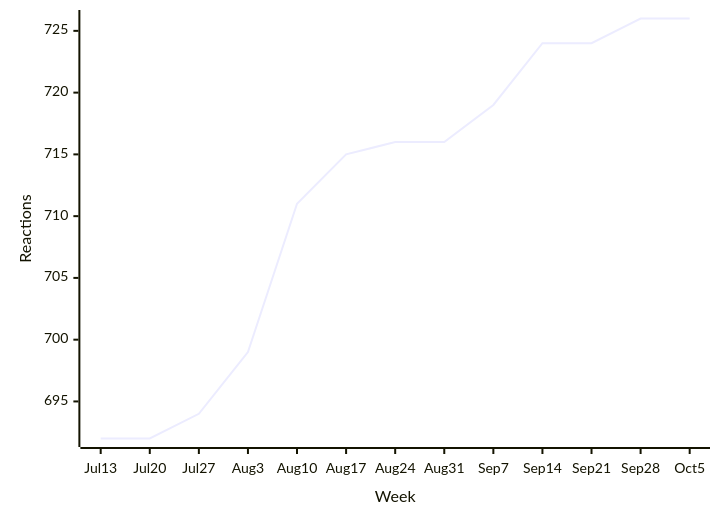
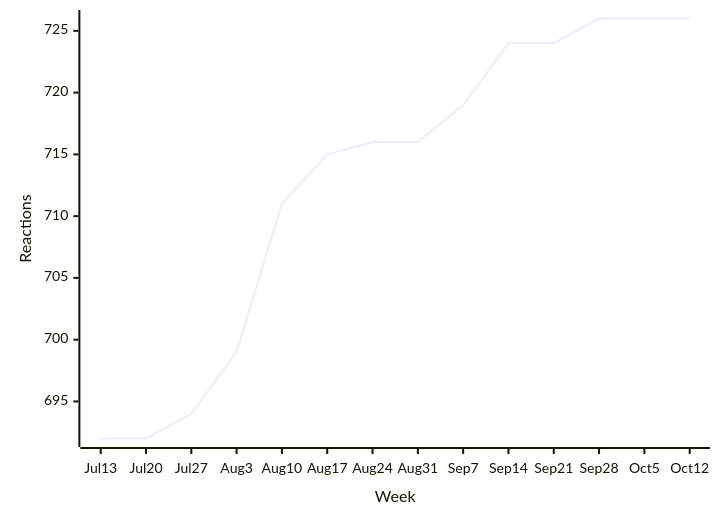
The first of 35 diagrams in README.md (loic-sharma/github-insights), drawn with Mermaid before and after one commit. The commit also changed other lines of this file and 3 other files, not shown here.

````diff
--- a/README.md
+++ b/README.md
@@ -324,6 +324,6 @@
   ```mermaid
   xychart-beta
-    x-axis "Week" [Jul 13, Jul 20, Jul 27, Aug 3, Aug 10, Aug 17, Aug 24, Aug 31, Sep 7, Sep 14, Sep 21, Sep 28, Oct 5]
+    x-axis "Week" [Jul 13, Jul 20, Jul 27, Aug 3, Aug 10, Aug 17, Aug 24, Aug 31, Sep 7, Sep 14, Sep 21, Sep 28, Oct 5, Oct 12]
     y-axis "Reactions"
-    line [692, 692, 694, 699, 711, 715, 716, 716, 719, 724, 724, 726, 726]
+    line [692, 692, 694, 699, 711, 715, 716, 716, 719, 724, 724, 726, 726, 726]
   ```
````
